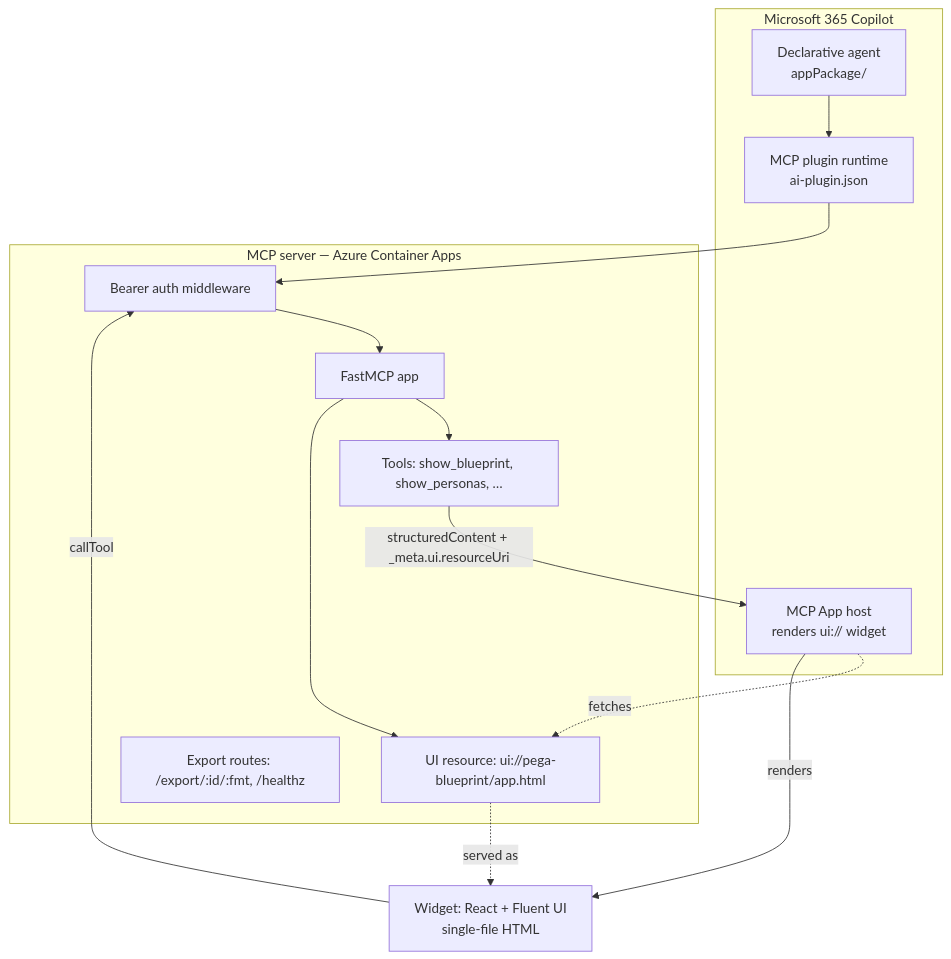
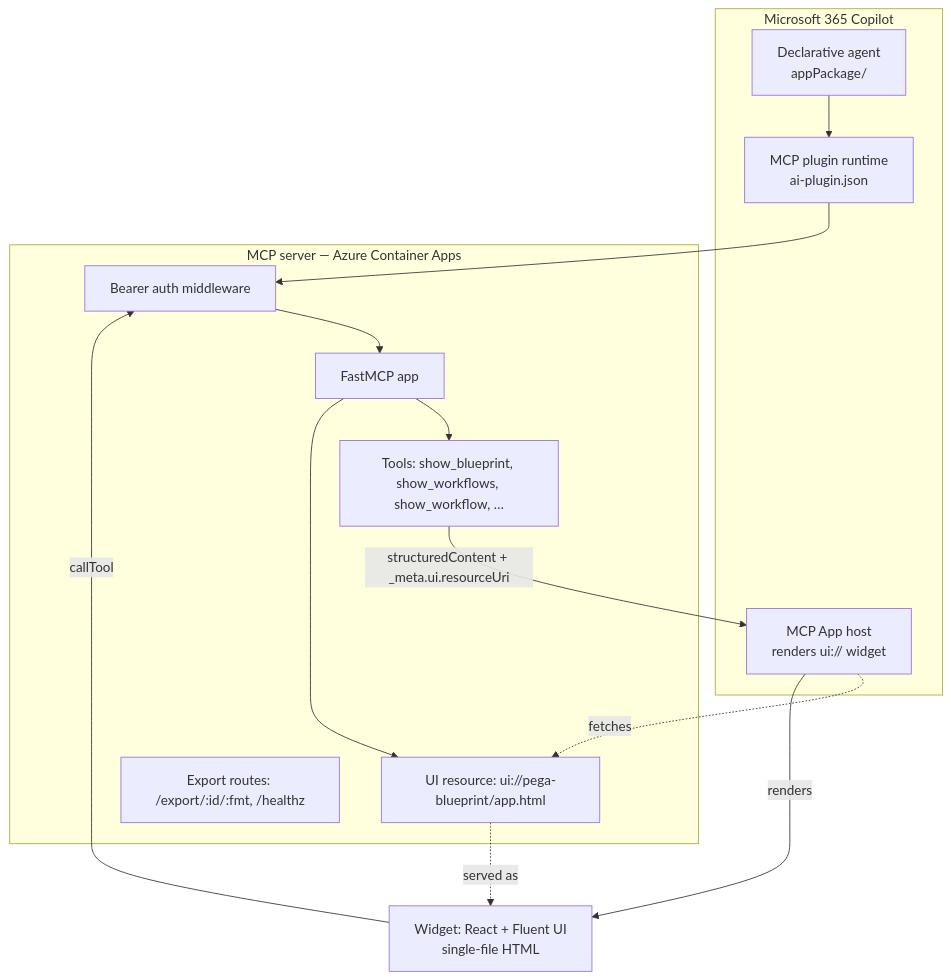
Before and after one commit to james-tn/copilot-mcp-app-blueprint: the first of 2 diagrams in docs/architecture.md, drawn with Mermaid. The commit also changed other lines of this file and 31 other files, not shown here.

First line of the commit message:
Re-implement as Pega Blueprint (workflow / app design)

````diff
--- a/docs/architecture.md
+++ b/docs/architecture.md
@@ -8,25 +8,25 @@
 ```mermaid
 flowchart TB
     subgraph Copilot[Microsoft 365 Copilot]
       DA[Declarative agent<br/>appPackage/]
       RT[MCP plugin runtime<br/>ai-plugin.json]
       H[MCP App host<br/>renders ui:// widget]
     end
     subgraph Server[MCP server — Azure Container Apps]
       AM[Bearer auth middleware]
       F[FastMCP app]
-      T[Tools: show_blueprint, show_personas, …]
+      T[Tools: show_blueprint, show_workflows, show_workflow, …]
       R[UI resource: ui://pega-blueprint/app.html]
       X[Export routes: /export/:id/:fmt, /healthz]
     end
     W[Widget: React + Fluent UI<br/>single-file HTML]
 
     DA --> RT --> AM --> F
     F --> T
     F --> R
     R -. served as .-> W
     H -. fetches .-> R
     T -- structuredContent + _meta.ui.resourceUri --> H
     H -- renders --> W
     W -- callTool --> AM
 ```
````
